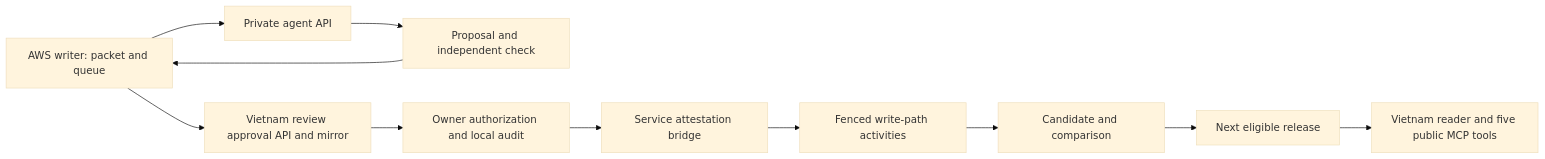
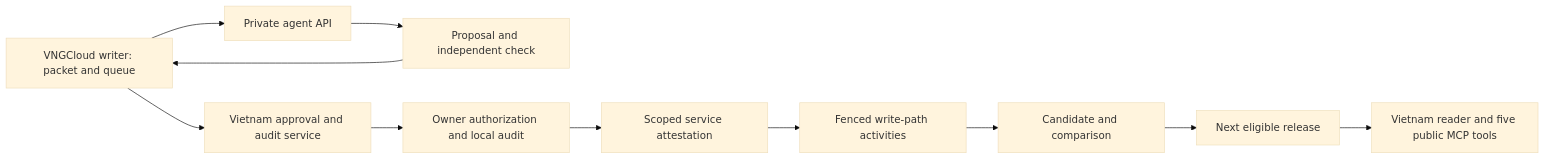
The diagram in docs/specs/corpus-review.md (dannyota/banhmi), drawn with Mermaid (base theme) before and after one commit. The commit also changed other lines of this file and 15 other files, not shown here.

First line of the commit message:
docs: move Vietnam generation and review to VNGCloud

````diff
--- a/docs/specs/corpus-review.md
+++ b/docs/specs/corpus-review.md
@@ -155,10 +155,10 @@
 ```mermaid
 flowchart LR
-  W["AWS writer: packet and queue"] --> A["Private agent API"]
+  W["VNGCloud writer: packet and queue"] --> A["Private agent API"]
   A --> P["Proposal and independent check"] --> W
-  W --> V["Vietnam review approval API and mirror"]
+  W --> V["Vietnam approval and audit service"]
   V --> H["Owner authorization and local audit"]
-  H --> B["Service attestation bridge"] --> F["Fenced write-path activities"]
+  H --> B["Scoped service attestation"] --> F["Fenced write-path activities"]
   F --> C["Candidate and comparison"] --> R["Next eligible release"]
   R --> S["Vietnam reader and five public MCP tools"]
 ```
````
